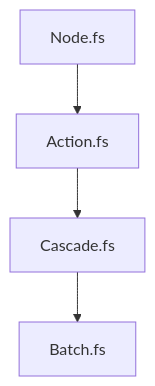
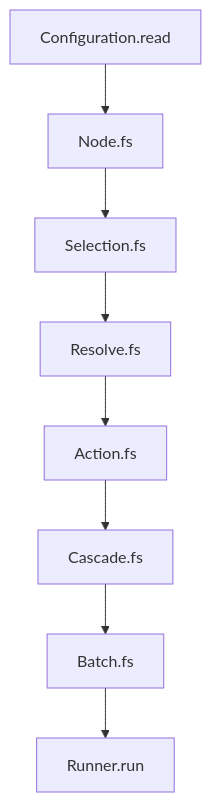
The diagram in docs/architecture/graph-pipeline.md (MagnusOpera/terrabuild), drawn with Mermaid before and after one commit. The commit also changed other lines of this file and 11 other files, not shown here.

Commit message:
Document graph pipeline constraints

````diff
--- a/docs/architecture/graph-pipeline.md
+++ b/docs/architecture/graph-pipeline.md
@@ -6,6 +5,10 @@
 ```mermaid
 graph TD
-	A[Node.fs] --> B[Action.fs]
-	B --> C[Cascade.fs]
-	C --> D[Batch.fs]
+    A[Configuration.read] --> B[Node.fs]
+    B --> C[Selection.fs]
+    C --> D[Resolve.fs]
+    D --> E[Action.fs]
+    E --> F[Cascade.fs]
+    F --> G[Batch.fs]
+    G --> H[Runner.run]
 ```
````
